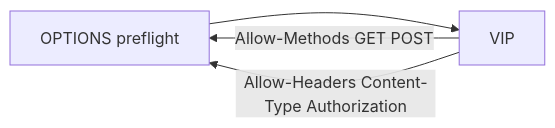
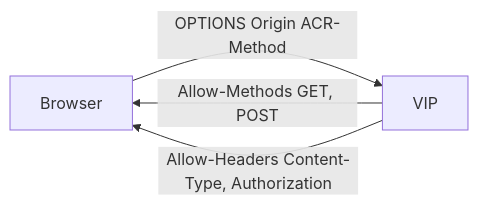
Before and after one commit to mink0119/2609_f5bnk: the diagram in HTTP_Routing/2.31_HTTPCORS_MethodsHeaders/README.md, drawn with Mermaid. The commit also changed other lines of this file and 21 other files, not shown here.

````diff
--- a/HTTP_Routing/2.31_HTTPCORS_MethodsHeaders/README.md
+++ b/HTTP_Routing/2.31_HTTPCORS_MethodsHeaders/README.md
@@ -9,6 +5,6 @@
 ```mermaid
 flowchart LR
-  C[OPTIONS preflight] --> VIP[VIP]
-  VIP -->|Allow-Methods GET POST| C
-  VIP -->|Allow-Headers Content-Type Authorization| C
+  B[Browser] -->|"OPTIONS Origin ACR-Method"| VIP[VIP]
+  VIP -->|"Allow-Methods GET, POST"| B
+  VIP -->|"Allow-Headers Content-Type, Authorization"| B
 ```
````
